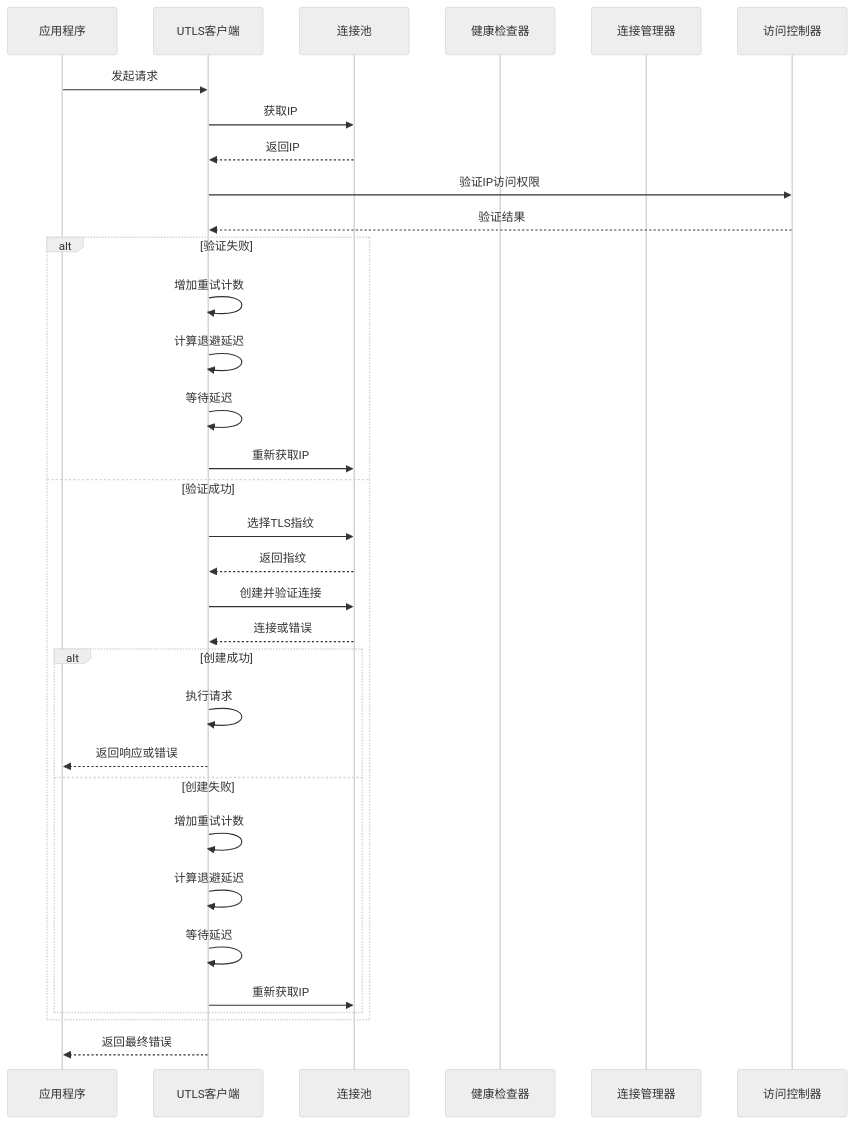
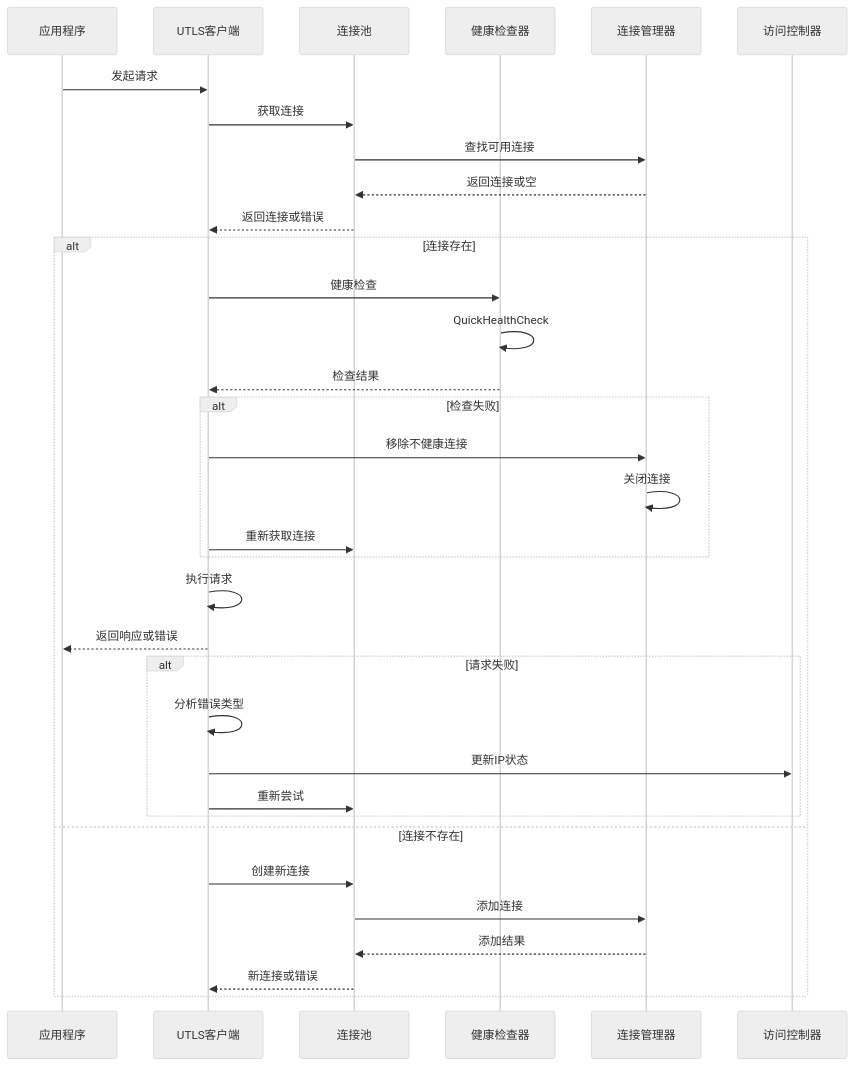
The ninth of 10 diagrams in .qoder/repowiki/zh/content/核心功能/热连接池/连接验证/验证结果处理与集成/错误恢复与重试机制.md (vistone/crawler-platform), drawn with Mermaid (neutral theme) before and after one commit. The commit also changed other lines of this file and 40 other files, not shown here.

````diff
--- a/.qoder/repowiki/zh/content/核心功能/热连接池/连接验证/验证结果处理与集成/错误恢复与重试机制.md
+++ b/.qoder/repowiki/zh/content/核心功能/热连接池/连接验证/验证结果处理与集成/错误恢复与重试机制.md
@@ -395,35 +386,36 @@
 ```mermaid
 sequenceDiagram
 participant App as 应用程序
 participant Client as UTLS客户端
 participant Pool as 连接池
 participant Checker as 健康检查器
 participant Manager as 连接管理器
 participant Access as 访问控制器
 App->>Client : 发起请求
-Client->>Pool : 获取IP
-Pool-->>Client : 返回IP
-Client->>Access : 验证IP访问权限
-Access-->>Client : 验证结果
-alt 验证失败
-Client->>Client : 增加重试计数
-Client->>Client : 计算退避延迟
-Client->>Client : 等待延迟
-Client->>Pool : 重新获取IP
-else 验证成功
-Client->>Pool : 选择TLS指纹
-Pool-->>Client : 返回指纹
-Client->>Pool : 创建并验证连接
-Pool-->>Client : 连接或错误
-alt 创建成功
+Client->>Pool : 获取连接
+Pool->>Manager : 查找可用连接
+Manager-->>Pool : 返回连接或空
+Pool-->>Client : 返回连接或错误
+alt 连接存在
+Client->>Checker : 健康检查
+Checker->>Checker : QuickHealthCheck
+Checker-->>Client : 检查结果
+alt 检查失败
+Client->>Manager : 移除不健康连接
+Manager->>Manager : 关闭连接
+Client->>Pool : 重新获取连接
+end
 Client->>Client : 执行请求
 Client-->>App : 返回响应或错误
-else 创建失败
-Client->>Client : 增加重试计数
-Client->>Client : 计算退避延迟
-Client->>Client : 等待延迟
-Client->>Pool : 重新获取IP
+alt 请求失败
+Client->>Client : 分析错误类型
+Client->>Access : 更新IP状态
+Client->>Pool : 重新尝试
 end
+else 连接不存在
+Client->>Pool : 创建新连接
+Pool->>Manager : 添加连接
+Manager-->>Pool : 添加结果
+Pool-->>Client : 新连接或错误
 end
-Client-->>App : 返回最终错误
 ```
````
